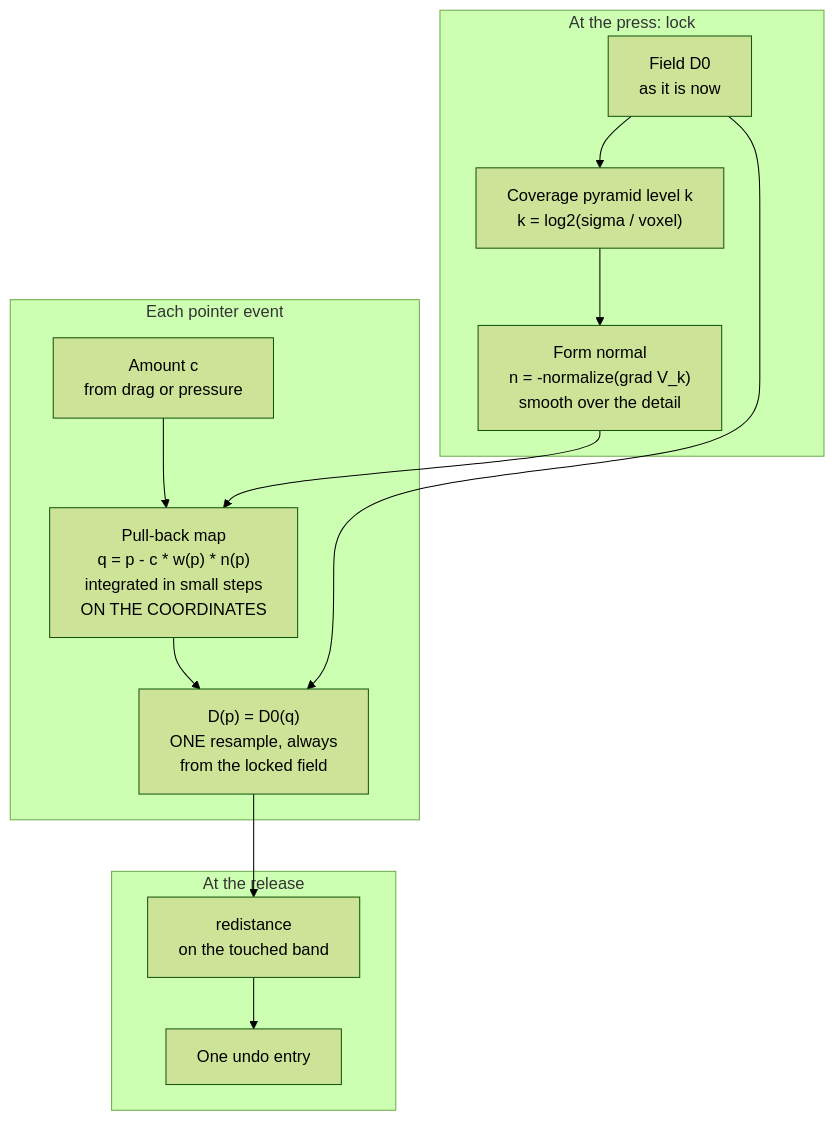
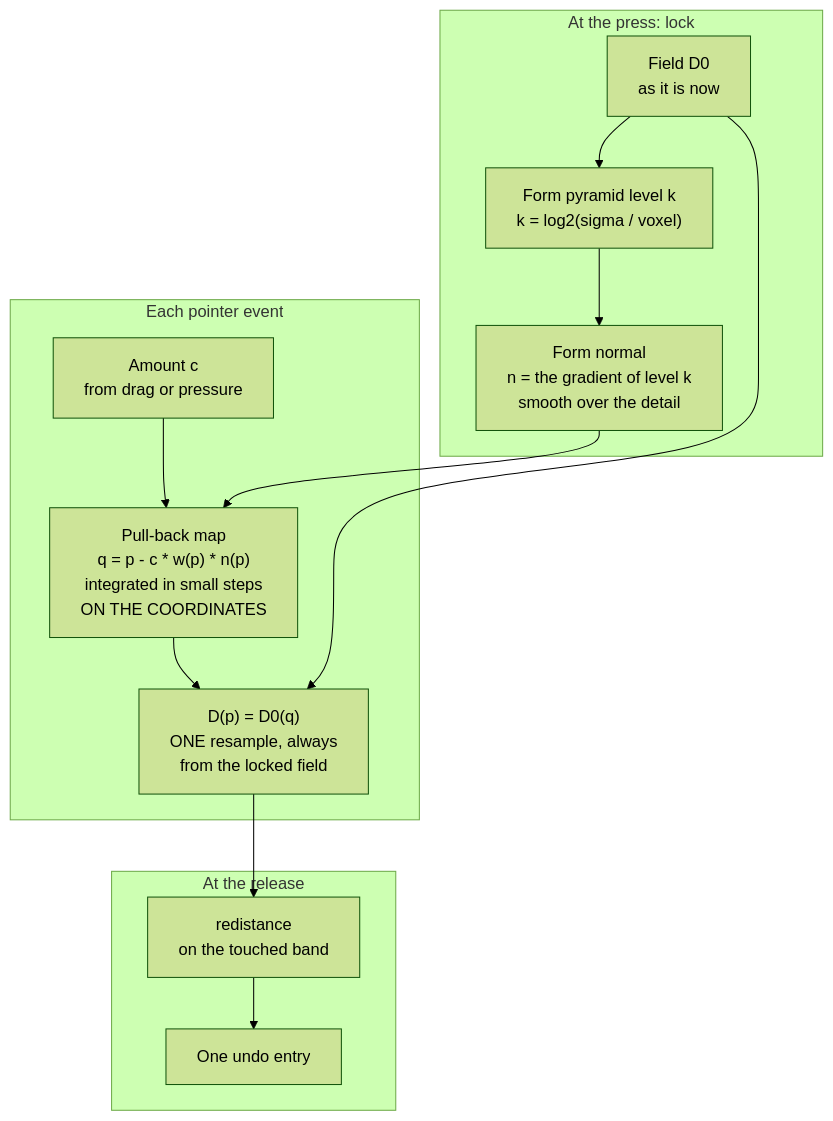
One commit to DanielJoyce/brokkrsculpt changed the sixth of 8 diagrams in docs/STUDIO-PLAN.md. Above: the diagram before and after it, drawn with Mermaid (forest theme). The commit also changed other lines of this file and 2 other files, not shown here.

````diff
--- a/docs/STUDIO-PLAN.md
+++ b/docs/STUDIO-PLAN.md
@@ -783,23 +801,23 @@
 ```mermaid
 flowchart TB
     subgraph LOCK["At the press: lock"]
         D0["Field D0<br/>as it is now"]
-        V["Coverage pyramid level k<br/>k = log2(sigma / voxel)"]
-        NF["Form normal<br/>n = -normalize(grad V_k)<br/>smooth over the detail"]
+        V["Form pyramid level k<br/>k = log2(sigma / voxel)"]
+        NF["Form normal<br/>n = the gradient of level k<br/>smooth over the detail"]
         D0 --> V --> NF
     end
     subgraph DRAG["Each pointer event"]
         AMT["Amount c<br/>from drag or pressure"]
         MAP["Pull-back map<br/>q = p - c * w(p) * n(p)<br/>integrated in small steps<br/>ON THE COORDINATES"]
         ONE["D(p) = D0(q)<br/>ONE resample, always<br/>from the locked field"]
         AMT --> MAP --> ONE
     end
     subgraph REL["At the release"]
         RD["redistance<br/>on the touched band"]
         UN["One undo entry"]
         RD --> UN
     end
     NF --> MAP
     D0 --> ONE
     ONE --> RD
 ```
````
